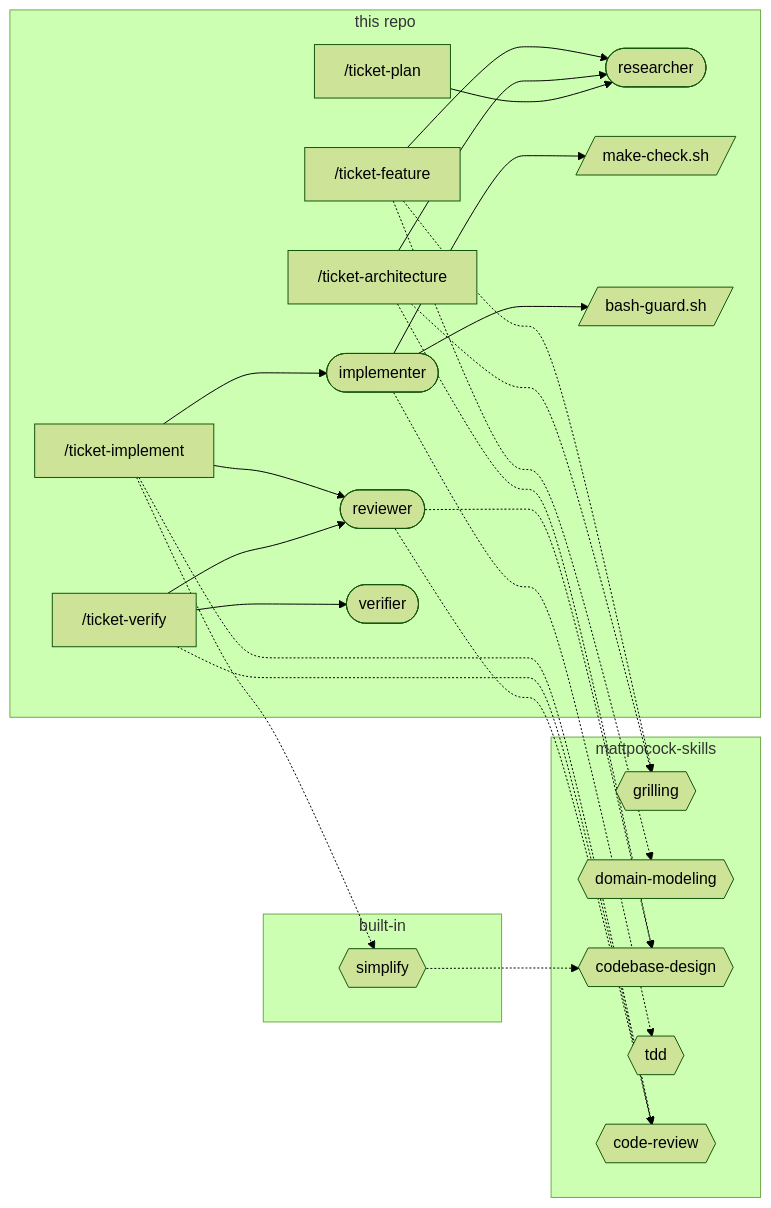
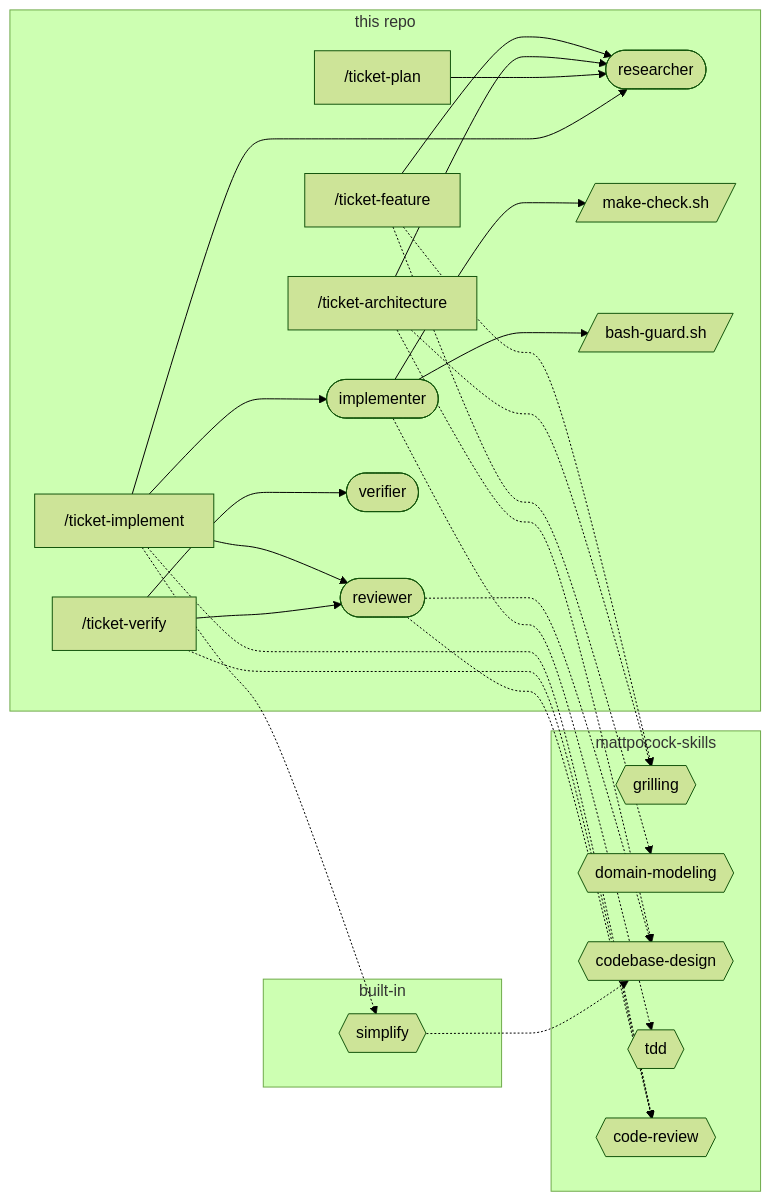
One commit to khotei/app-template changed the second of 3 diagrams in docs/knowledge/sdd.md. Above: the diagram before and after it, drawn with Mermaid (forest theme). The commit also changed other lines of this file and 8 other files, not shown here.

````diff
--- a/docs/knowledge/sdd.md
+++ b/docs/knowledge/sdd.md
@@ -75,39 +75,39 @@
 ```mermaid
 graph LR
   subgraph ours [this repo]
     feature["/ticket-feature"]
     arch["/ticket-architecture"]
     plan["/ticket-plan"]
     impl["/ticket-implement"]
     verify["/ticket-verify"]
     researcher([researcher])
     implementer([implementer])
     reviewer([reviewer])
     verifier([verifier])
     hook[/make-check.sh/]
     guard[/bash-guard.sh/]
   end
   subgraph plugin [mattpocock-skills]
     grilling{{grilling}}
     modeling{{domain-modeling}}
     design{{codebase-design}}
     tdd{{tdd}}
     review{{code-review}}
   end
   subgraph builtin [built-in]
     simplify{{simplify}}
   end
   feature -.-> grilling & modeling
   feature --> researcher
   arch -.-> design & grilling
   arch --> researcher
   plan --> researcher
-  impl --> implementer & reviewer
+  impl --> implementer & reviewer & researcher
   impl -.-> review & simplify
   simplify -.-> design
   implementer -.-> tdd
   implementer --> hook & guard
   verify --> verifier & reviewer
   verify -.-> review
   reviewer -.-> review & design
 ```
````
